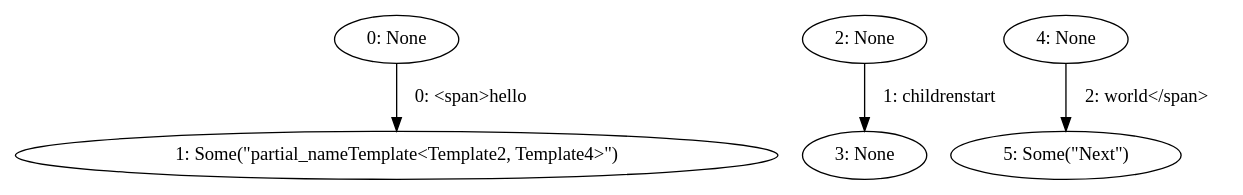
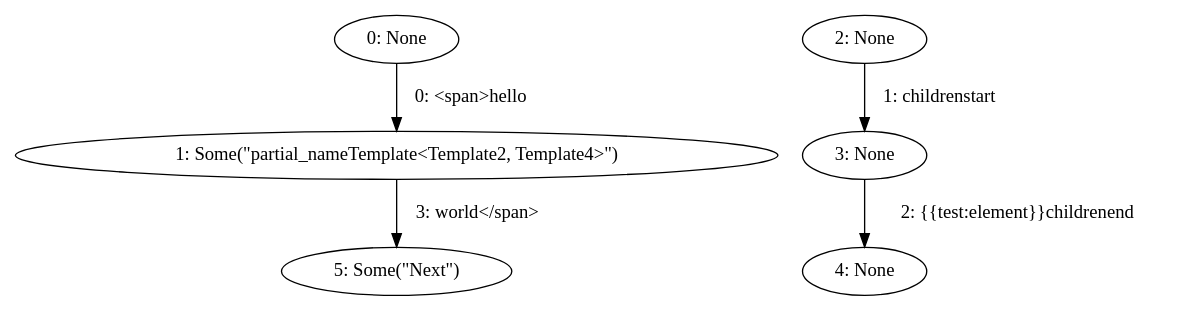
Before and after one commit to mohe2015/zero-cost-templating: the diagram in partial_block.dot, drawn with Graphviz. The commit also changed 1 other file, not shown here.

```diff
--- a/partial_block.dot
+++ b/partial_block.dot
@@ -1,11 +1,12 @@
 digraph {
     0 [ label = "0: None" ]
     1 [ label = "1: Some(\"partial_nameTemplate<Template2, Template4>\")" ]
     2 [ label = "2: None" ]
     3 [ label = "3: None" ]
     4 [ label = "4: None" ]
     5 [ label = "5: Some(\"Next\")" ]
     0 -> 1 [ label = "0: <span>hello" ]
     2 -> 3 [ label = "1: childrenstart" ]
-    4 -> 5 [ label = "2: world</span>" ]
+    3 -> 4 [ label = "2: {{test:element}}childrenend" ]
+    1 -> 5 [ label = "3: world</span>" ]
 }
```
